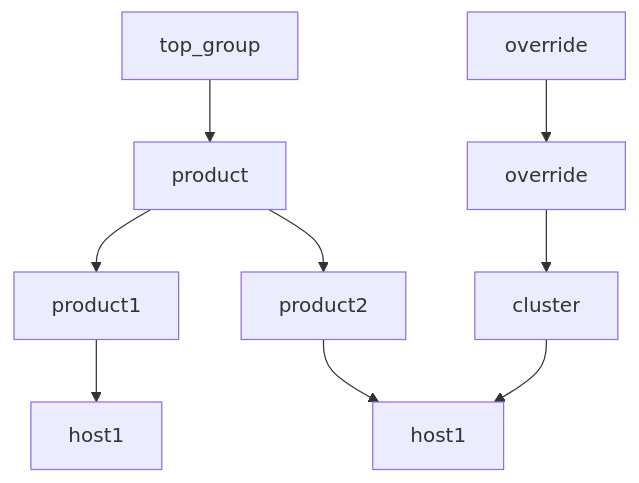
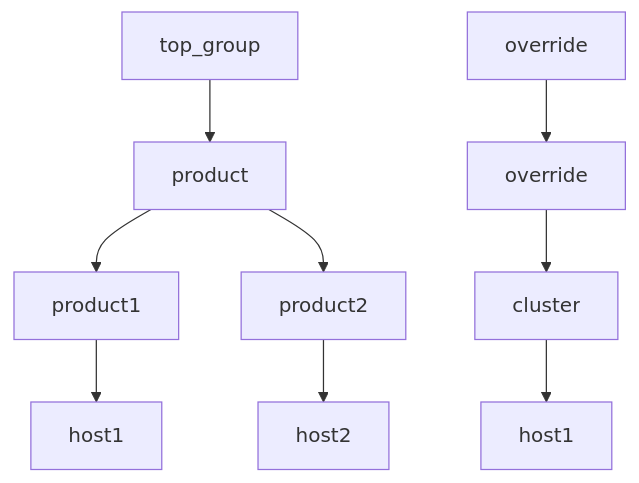
Before and after one commit to lj020326/Ansible-inventory-file-examples: the diagram in tests/ansible-group-priority/example3/README.md, drawn with Mermaid.

Commit message:
develop-lj - 	modified:   tests/ansible-group-priority/example3/README.md

````diff
--- a/tests/ansible-group-priority/example3/README.md
+++ b/tests/ansible-group-priority/example3/README.md
@@ -11,11 +11,11 @@
 ```mermaid
 graph TD;
     A[top_group] --> C[product]
     B[override] --> F[override]
     C --> D["product1"]
     C --> E["product2"]
     D --> H["host1"]
     E --> I["host2"]
     F --> G["cluster"]
-    G --> I["host1"]
+    G --> J["host1"]
 ```
````
